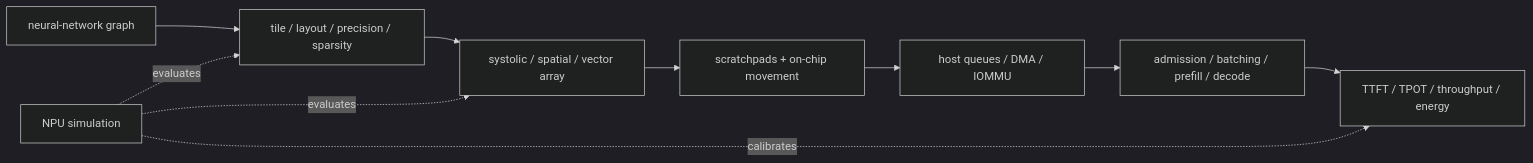
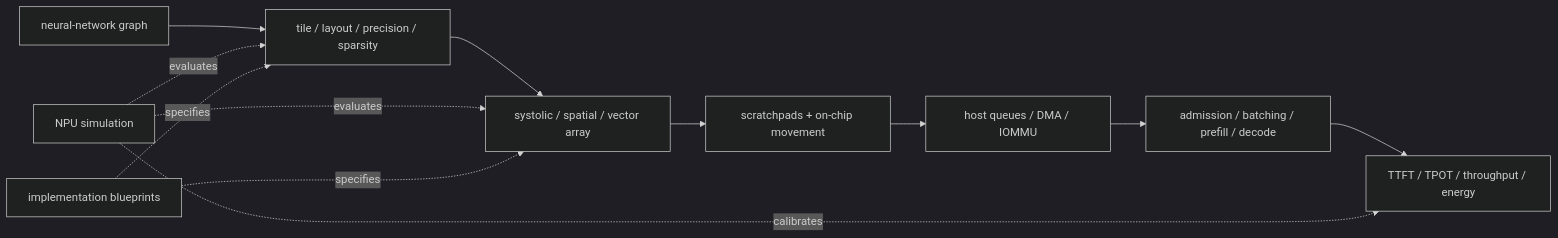
Before and after one commit to Wty2003328/silicon-design-notebook: the diagram in 01_Architecture_and_PPA/03_NPU_Architecture/00_Index.md, drawn with Mermaid (dark theme). The commit also changed other lines of this file and 24 other files, not shown here.

Commit message:
Add implementation-reconstructable architecture blueprints

```diff
--- a/01_Architecture_and_PPA/03_NPU_Architecture/00_Index.md
+++ b/01_Architecture_and_PPA/03_NPU_Architecture/00_Index.md
@@ -9,12 +9,14 @@
 ~~~mermaid
 flowchart LR
     Graph["neural-network graph"] --> Map["tile / layout / precision / sparsity"]
     Map --> Array["systolic / spatial / vector array"]
     Array --> Local["scratchpads + on-chip movement"]
     Local --> Host["host queues / DMA / IOMMU"]
     Host --> Serve["admission / batching / prefill / decode"]
     Serve --> Metric["TTFT / TPOT / throughput / energy"]
     Sim["NPU simulation"] -. evaluates .-> Map
     Sim -. evaluates .-> Array
     Sim -. calibrates .-> Metric
+    Build["implementation blueprints"] -. specifies .-> Map
+    Build -. specifies .-> Array
 ~~~
```
